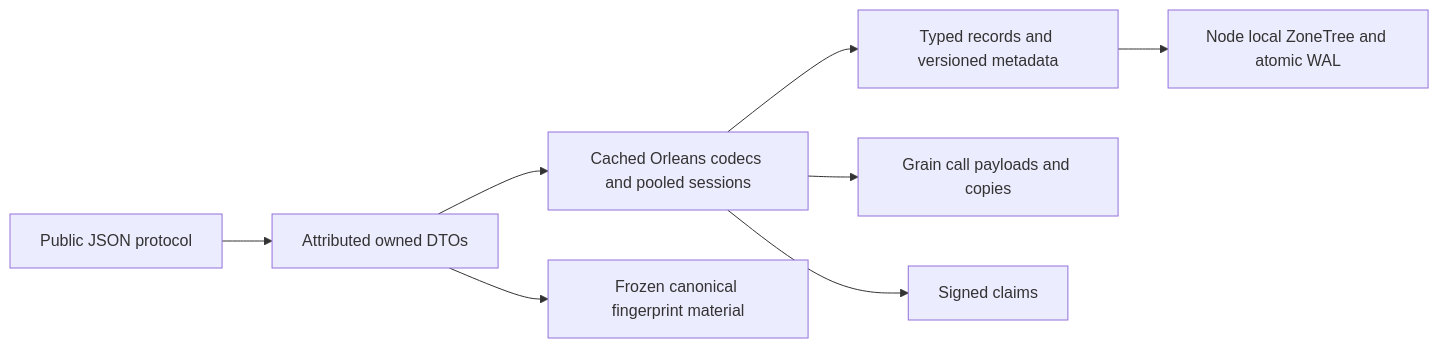
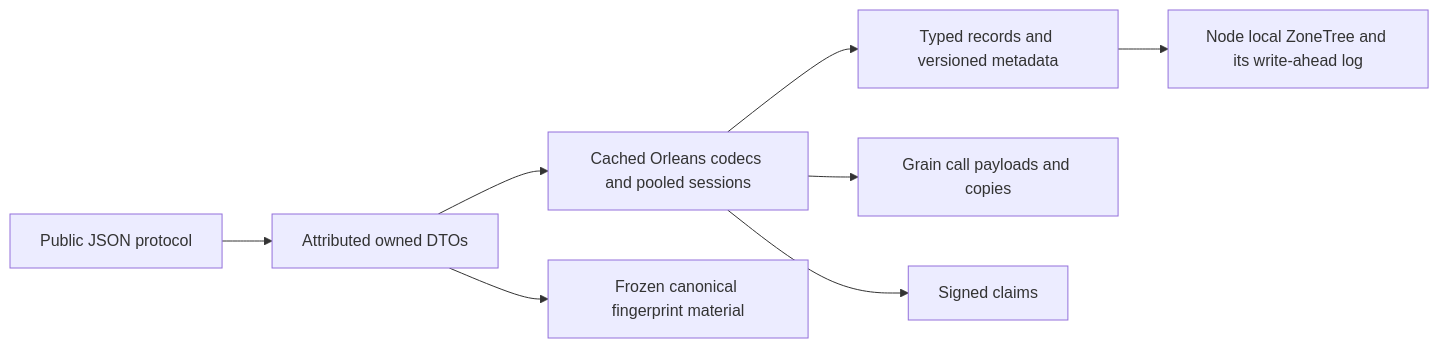
Diagram 13 of 26 in docs/Architecture.md (managedcode/KeyLoad), drawn with Mermaid before and after one commit. The commit also changed other lines of this file and 1072 other files, not shown here.

First line of the commit message:
Use native ZoneTree storage, snapshots and backup operations

````diff
--- a/docs/Architecture.md
+++ b/docs/Architecture.md
@@ -494,10 +500,10 @@
 ```mermaid
 flowchart LR
     Public[Public JSON protocol] --> Typed[Attributed owned DTOs]
     Typed --> Execution[Cached Orleans codecs and pooled sessions]
     Execution --> Records[Typed records and versioned metadata]
     Execution --> Calls[Grain call payloads and copies]
     Execution --> Claims[Signed claims]
-    Records --> Files[Node local ZoneTree and atomic WAL]
+    Records --> Files[Node local ZoneTree and its write-ahead log]
     Typed --> Identity[Frozen canonical fingerprint material]
 ```
````
